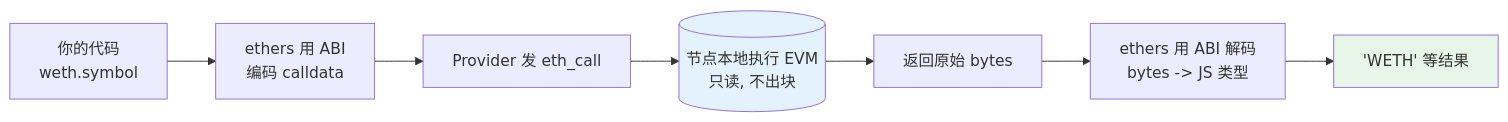
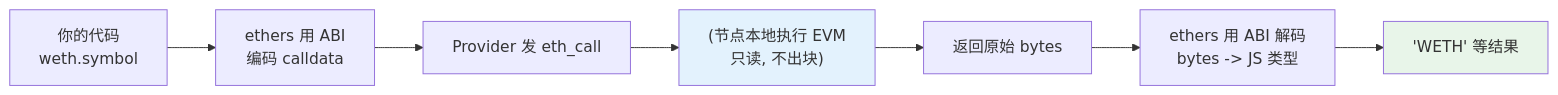
One commit to boyley/web3-learning changed the diagram in 08-ethers-viem/03-contract-read/README.md. Above: the diagram before and after it, drawn with Mermaid. The commit also changed 71 other files, not shown here.

First line of the commit message:
fix: 全库修复 Mermaid 词法错误

````diff
--- a/08-ethers-viem/03-contract-read/README.md
+++ b/08-ethers-viem/03-contract-read/README.md
@@ -25,11 +25,11 @@
 ```mermaid
 flowchart LR
-    A[你的代码<br/>weth.symbol] --> B[ethers 用 ABI<br/>编码 calldata]
+    A["你的代码<br/>weth.symbol"] --> B["ethers 用 ABI<br/>编码 calldata"]
     B --> C[Provider 发 eth_call]
-    C --> D[(节点本地执行 EVM<br/>只读, 不出块)]
+    C --> D["(节点本地执行 EVM<br/>只读, 不出块)"]
     D --> E[返回原始 bytes]
-    E --> F[ethers 用 ABI 解码<br/>bytes -> JS 类型]
+    E --> F["ethers 用 ABI 解码<br/>bytes -> JS 类型"]
     F --> G["'WETH' 等结果"]
     style D fill:#e3f2fd
     style G fill:#e8f5e9
 ```
````
